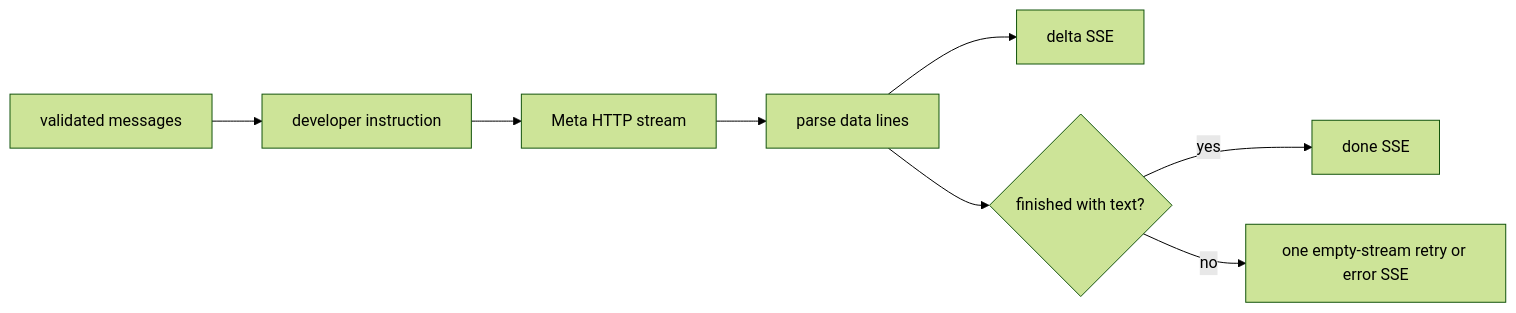
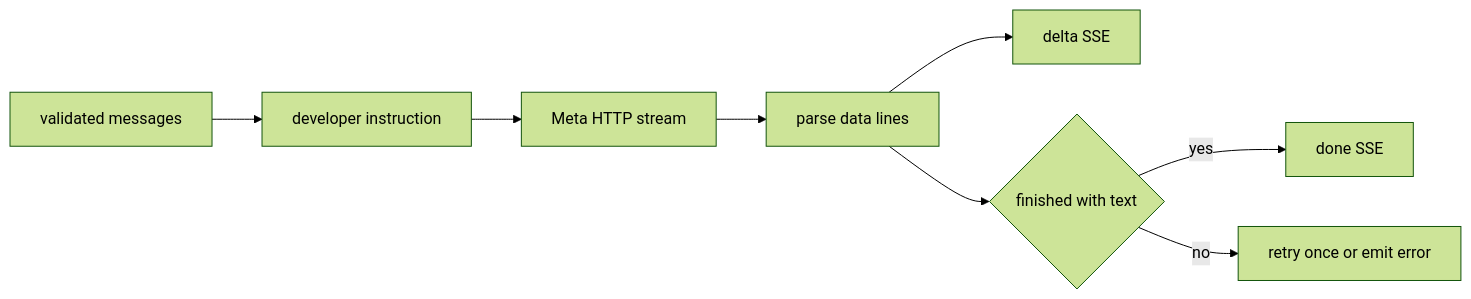
Before and after one commit to shantan1213/voice-pilot: the diagram in docs/07-llm-and-response-streaming.md, drawn with Mermaid (forest theme). The commit also changed 8 other files, not shown here.

Commit message:
Normalize all Mermaid diagrams for GitHub

````diff
--- a/docs/07-llm-and-response-streaming.md
+++ b/docs/07-llm-and-response-streaming.md
@@ -7,10 +7,10 @@
 ```mermaid
 flowchart LR
   C[validated messages] --> D[developer instruction]
   D --> H[Meta HTTP stream]
   H --> P[parse data lines]
   P --> S[delta SSE]
-  P --> F{finished with text?}
+  P --> F{finished with text}
   F -- yes --> Done[done SSE]
-  F -- no --> Retry[one empty-stream retry or error SSE]
+  F -- no --> Retry[retry once or emit error]
 ```
````
